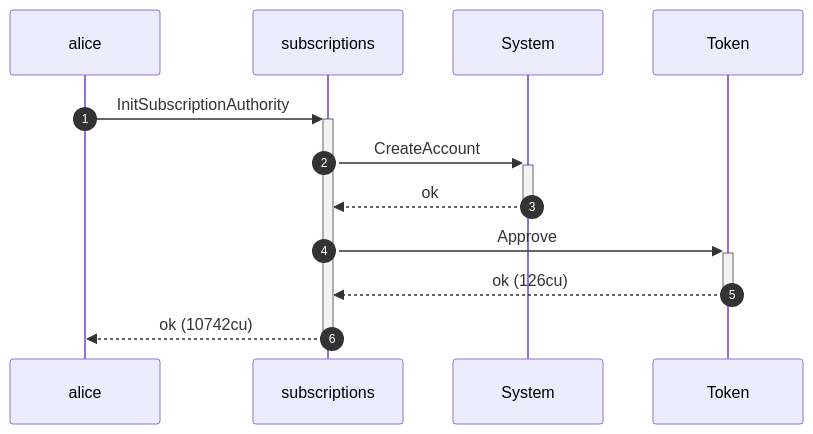
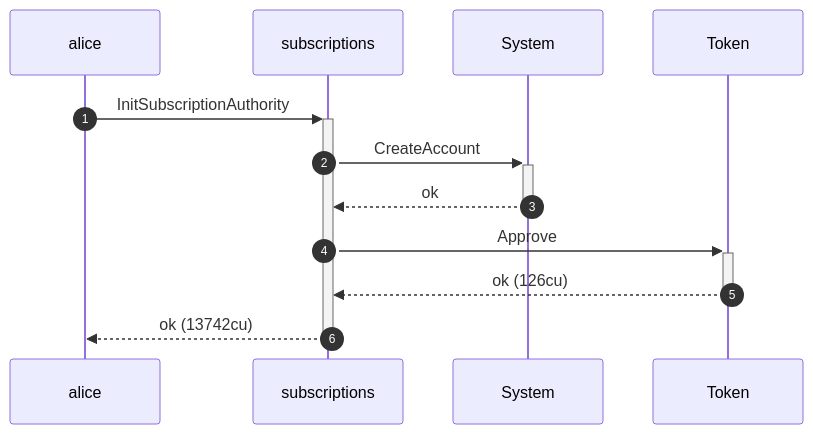
Before and after one commit to cds-rs/subscriptions: the second of 12 diagrams in dsl_tests/transfer-subscription--cancellation-blocks-the-next-period.md, drawn with Mermaid. The commit also changed other lines of this file and 224 other files, not shown here.

````diff
--- a/dsl_tests/transfer-subscription--cancellation-blocks-the-next-period.md
+++ b/dsl_tests/transfer-subscription--cancellation-blocks-the-next-period.md
@@ -38,14 +39,14 @@
 ```mermaid
 sequenceDiagram
     autonumber
     participant alice
     participant subscriptions
     participant System
     participant Token
     alice ->>+ subscriptions: InitSubscriptionAuthority
     subscriptions ->>+ System: CreateAccount
     System -->>- subscriptions: ok
     subscriptions ->>+ Token: Approve
     Token -->>- subscriptions: ok (126cu)
-    subscriptions -->>- alice: ok (10742cu)
+    subscriptions -->>- alice: ok (13742cu)
 ```
````
